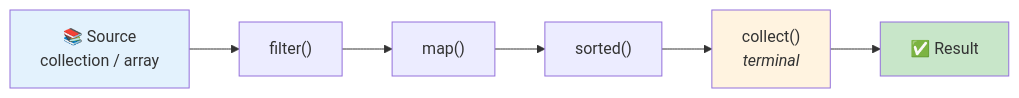
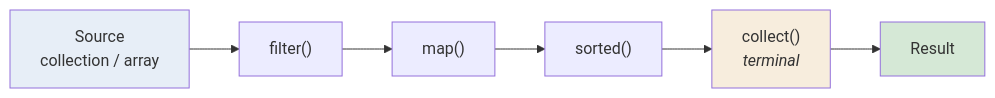
Before and after one commit to kundankumarsharma56/Leaning-Java: the diagram in src/Theory/12-Java-8-Features/05-Stream-API.md, drawn with Mermaid. The commit also changed other lines of this file and 84 other files, not shown here.

````diff
--- a/src/Theory/12-Java-8-Features/05-Stream-API.md
+++ b/src/Theory/12-Java-8-Features/05-Stream-API.md
@@ -21,7 +21,7 @@
 ```mermaid
 flowchart LR
-    S["📚 Source<br/>collection / array"] --> I1["filter()"] --> I2["map()"] --> I3["sorted()"] --> T["collect()<br/><i>terminal</i>"] --> R["✅ Result"]
-    style S fill:#e3f2fd
-    style T fill:#fff3e0
-    style R fill:#c8e6c9
+    S["Source<br/>collection / array"] --> I1["filter()"] --> I2["map()"] --> I3["sorted()"] --> T["collect()<br/><i>terminal</i>"] --> R["Result"]
+    style S fill:#e7eef7
+    style T fill:#f7eddd
+    style R fill:#d5e8d6
 ```
````
